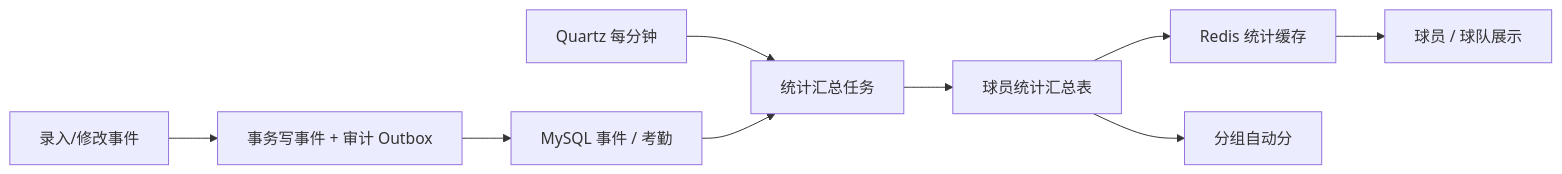
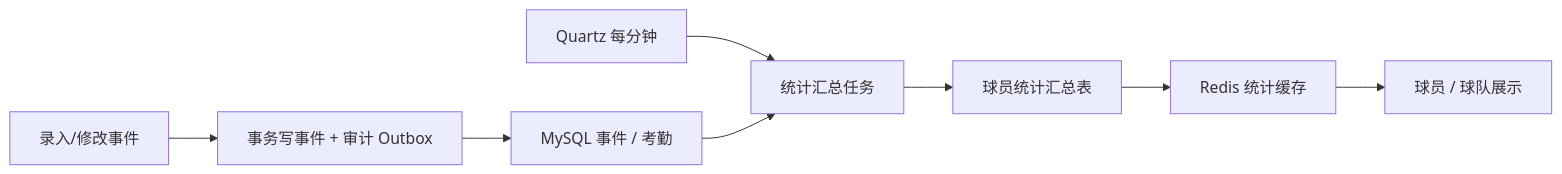
One commit to zhouyacheng/yunhefc changed the seventh of 7 diagrams in docs/design/03.整体架构设计.md. Above: the diagram before and after it, drawn with Mermaid. The commit also changed other lines of this file and 58 other files, not shown here.

````diff
--- a/docs/design/03.整体架构设计.md
+++ b/docs/design/03.整体架构设计.md
@@ -372,11 +370,10 @@
 ```mermaid
 flowchart LR
   E["录入/修改事件"] --> W["事务写事件 + 审计 Outbox"]
   W --> D["MySQL 事件 / 考勤"]
   Q["Quartz 每分钟"] --> S["统计汇总任务"]
   D --> S
   S --> T["球员统计汇总表"]
   T --> C["Redis 统计缓存"]
   C --> P["球员 / 球队展示"]
-  T --> G["分组自动分"]
 ```
````
